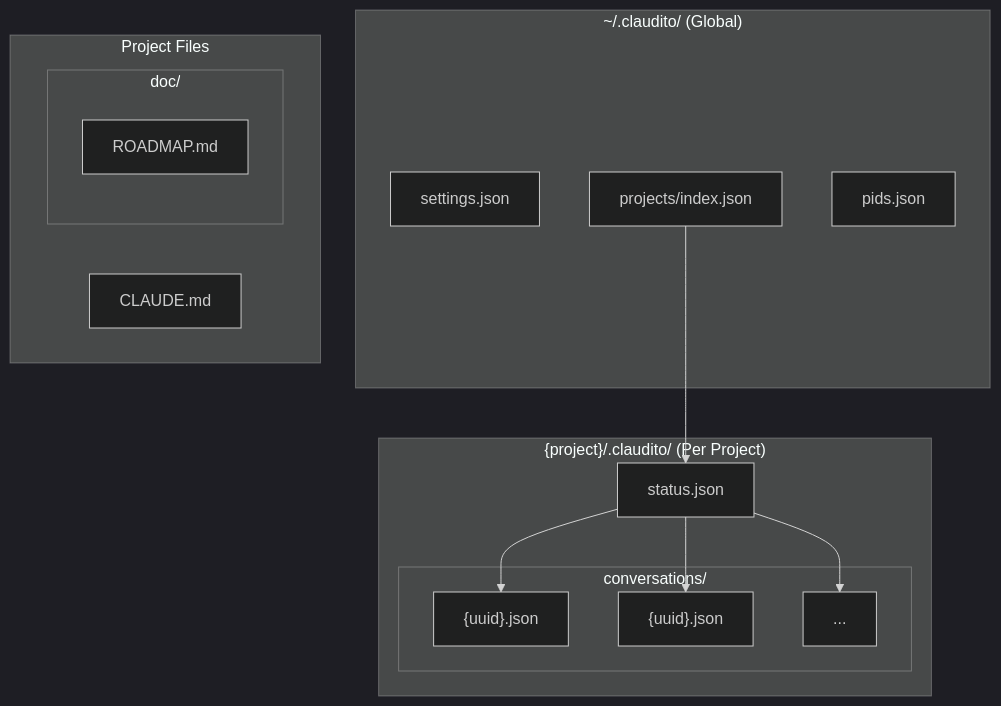
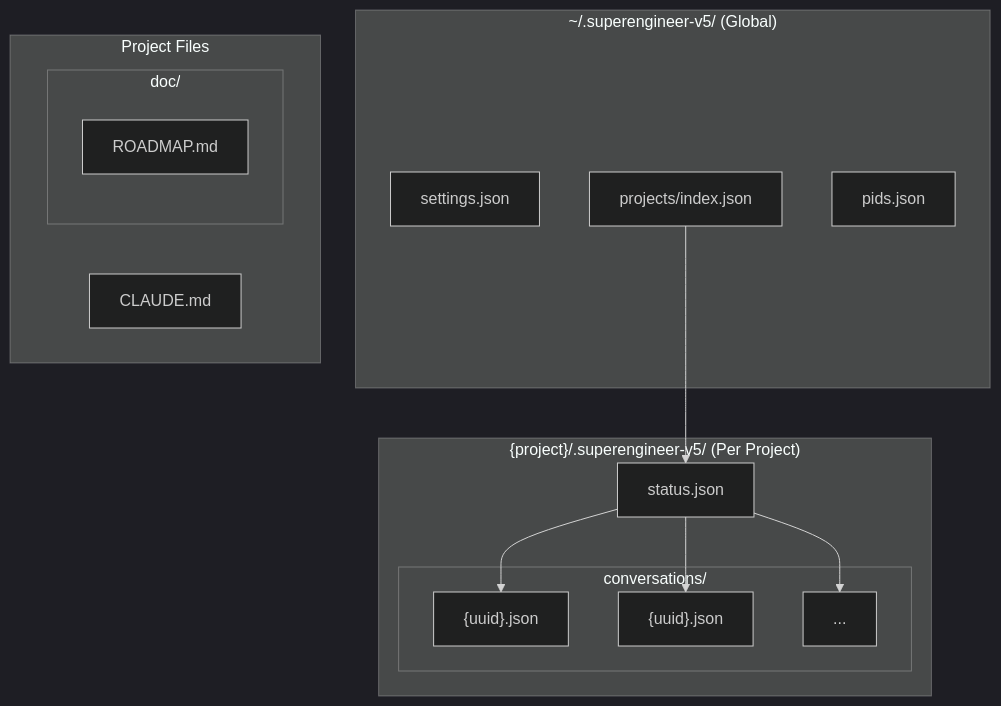
The fifth of 6 diagrams in docs/architecture-diagram.md (cudanexus/superengineeer), drawn with Mermaid (dark theme) before and after one commit. The commit also changed other lines of this file and 20 other files, not shown here.

````diff
--- a/docs/architecture-diagram.md
+++ b/docs/architecture-diagram.md
@@ -268,29 +268,29 @@
 ```mermaid
 graph TD
-    subgraph "~/.claudito/ (Global)"
+    subgraph "~/.superengineer-v5/ (Global)"
         GS[settings.json]
         PI[projects/index.json]
         PID[pids.json]
     end
 
-    subgraph "{project}/.claudito/ (Per Project)"
+    subgraph "{project}/.superengineer-v5/ (Per Project)"
         PS[status.json]
         subgraph "conversations/"
             C1["{uuid}.json"]
             C2["{uuid}.json"]
             C3["..."]
         end
     end
 
     subgraph "Project Files"
         CLAUDE[CLAUDE.md]
         subgraph "doc/"
             ROADMAP[ROADMAP.md]
         end
     end
 
     PI --> PS
     PS --> C1
     PS --> C2
     PS --> C3
 ```
````
